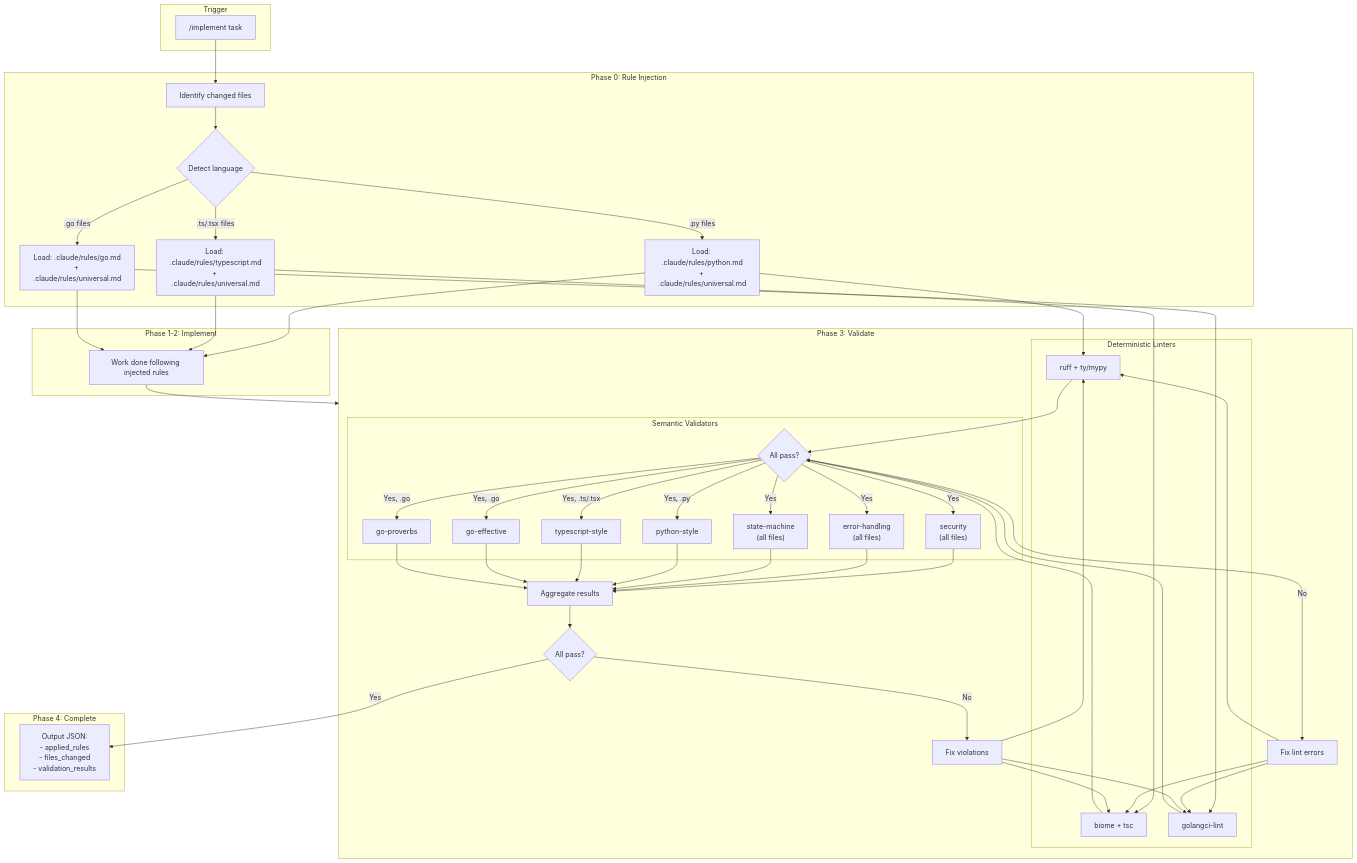
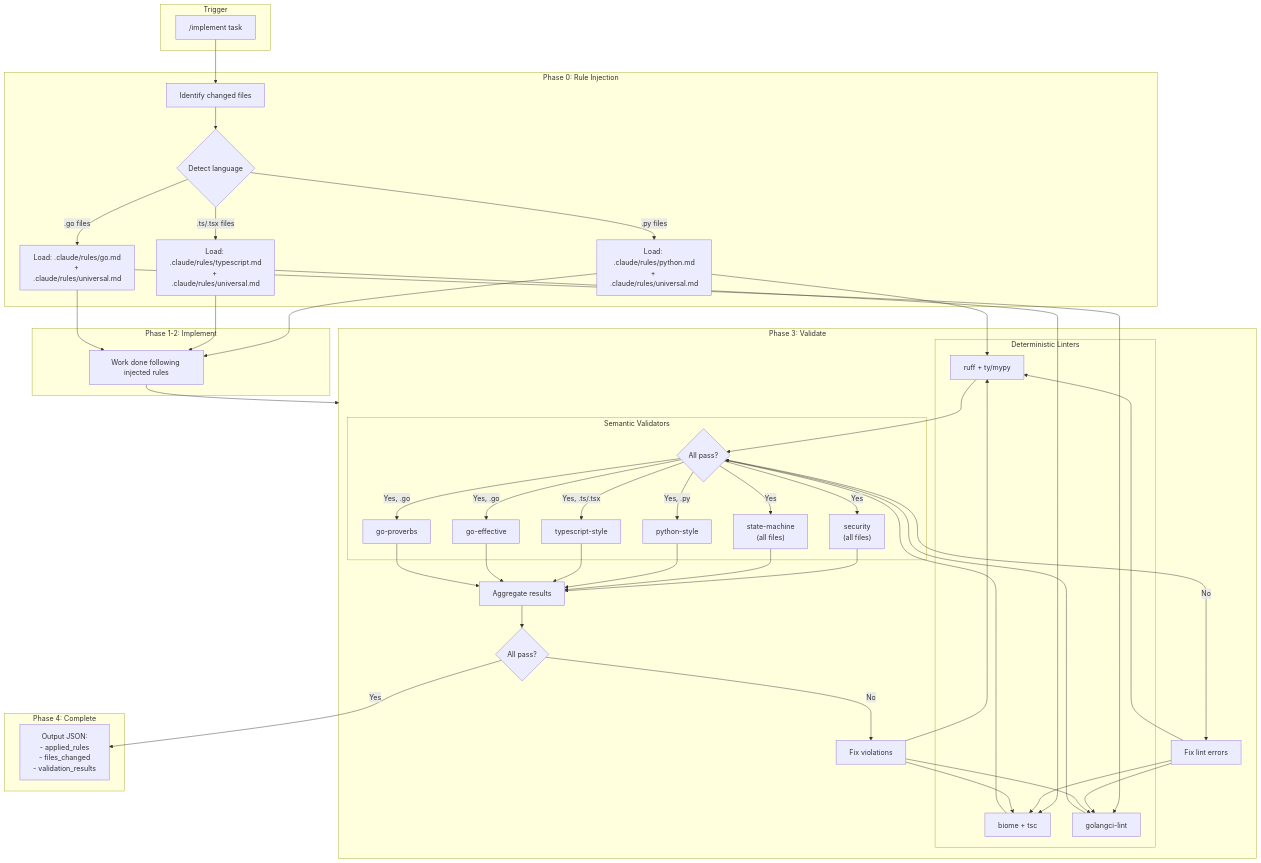
Before and after one commit to peteski22/agent-pragma: the second of 7 diagrams in ARCHITECTURE.md, drawn with Mermaid. The commit also changed other lines of this file and 2 other files, not shown here.

First line of the commit message:
Remove non-existent error-handling validator, fix doc accuracy

````diff
--- a/ARCHITECTURE.md
+++ b/ARCHITECTURE.md
@@ -159,55 +157,54 @@
 ```mermaid
 flowchart TB
     subgraph Trigger["Trigger"]
         Start["/implement task"]
     end
 
     subgraph Phase0["Phase 0: Rule Injection"]
         P0[Identify changed files]
         P0 --> DetectLang{Detect language}
 
         DetectLang -->|.py files| PyRules["Load: .claude/rules/python.md<br/>+ .claude/rules/universal.md"]
         DetectLang -->|.ts/.tsx files| TSRules["Load: .claude/rules/typescript.md<br/>+ .claude/rules/universal.md"]
         DetectLang -->|.go files| GoRules["Load: .claude/rules/go.md<br/>+ .claude/rules/universal.md"]
     end
 
     subgraph Phase12["Phase 1-2: Implement"]
         Impl[Work done following injected rules]
     end
 
     subgraph Phase3["Phase 3: Validate"]
         subgraph DetChecks["Deterministic Linters"]
             PyRules --> PyLint["ruff + ty/mypy"]
             TSRules --> TSLint["biome + tsc"]
             GoRules --> GoLint["golangci-lint"]
         end
 
         PyLint & TSLint & GoLint --> LintPass{All pass?}
         LintPass -->|No| FixLint[Fix lint errors]
         FixLint --> PyLint & TSLint & GoLint
 
         subgraph SemVal["Semantic Validators"]
             LintPass -->|Yes| SecVal["security<br/>(all files)"]
-            LintPass -->|Yes| ErrVal["error-handling<br/>(all files)"]
             LintPass -->|Yes| StmVal["state-machine<br/>(all files)"]
 
             LintPass -->|Yes, .py| PyStyle["python-style"]
             LintPass -->|Yes, .ts/.tsx| TSStyle["typescript-style"]
             LintPass -->|Yes, .go| GoEff["go-effective"]
             LintPass -->|Yes, .go| GoProv["go-proverbs"]
         end
 
-        SecVal & ErrVal & StmVal & PyStyle & TSStyle & GoEff & GoProv --> Agg[Aggregate results]
+        SecVal & StmVal & PyStyle & TSStyle & GoEff & GoProv --> Agg[Aggregate results]
         Agg --> ValPass{All pass?}
         ValPass -->|No| FixViol[Fix violations]
         FixViol --> PyLint & TSLint & GoLint
     end
 
     subgraph Phase4["Phase 4: Complete"]
         ValPass -->|Yes| Output["Output JSON:<br/>- applied_rules<br/>- files_changed<br/>- validation_results"]
     end
 
     Start --> P0
     PyRules & TSRules & GoRules --> Impl
     Impl --> Phase3
 ```
````
